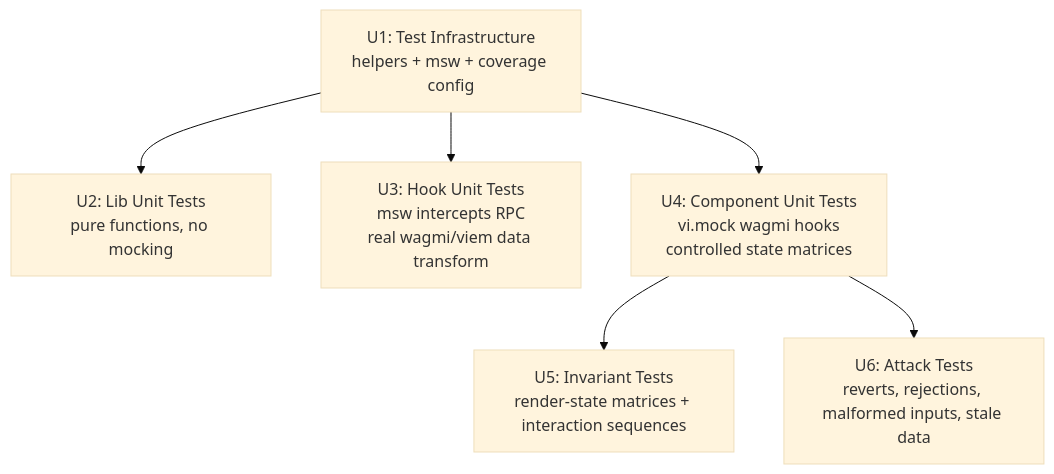
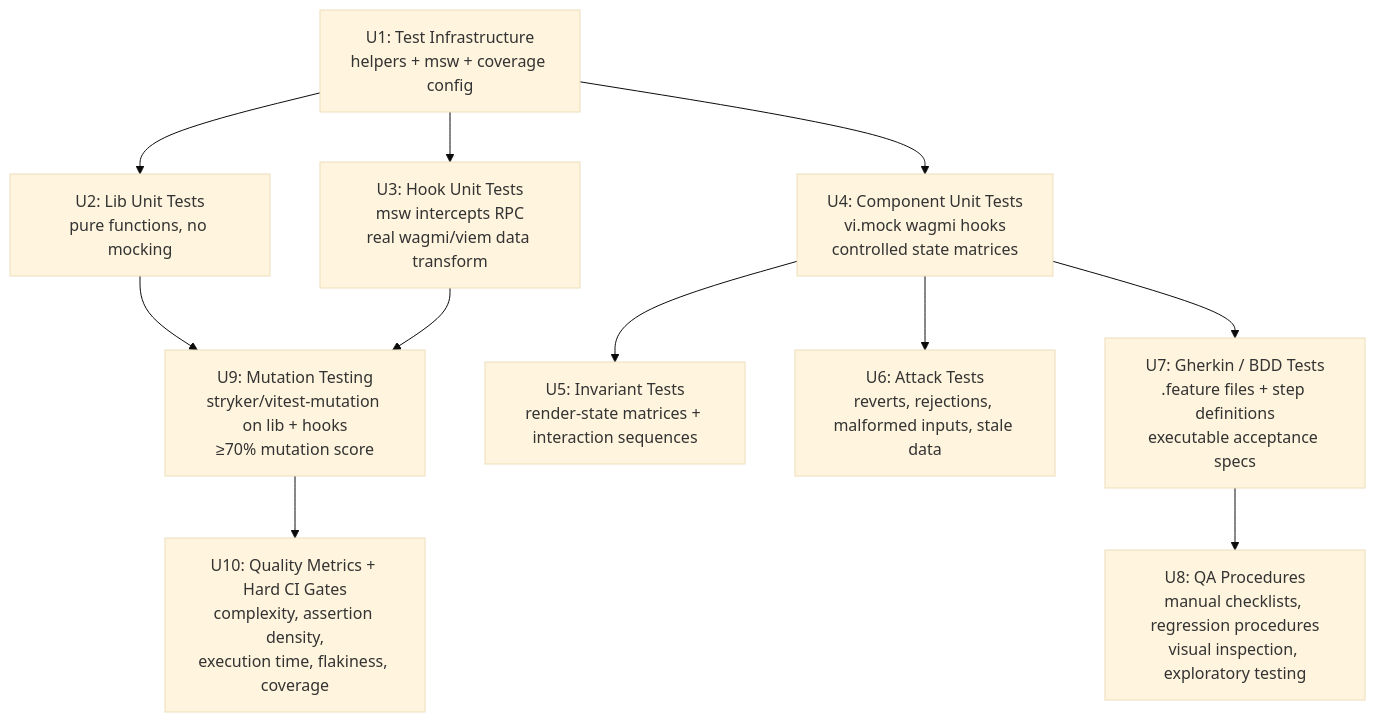
Before and after one commit to ayeslick/OVRFLO: the diagram in docs/plans/2026-07-23-002-test-web-frontend-test-suite-plan.md, drawn with Mermaid (base theme). The commit also changed other lines of this file and 5 other files, not shown here.

````diff
--- a/docs/plans/2026-07-23-002-test-web-frontend-test-suite-plan.md
+++ b/docs/plans/2026-07-23-002-test-web-frontend-test-suite-plan.md
@@ -135,11 +169,17 @@
 ```mermaid
 flowchart TB
     INFRA["U1: Test Infrastructure<br/>helpers + msw + coverage config"]
 
     INFRA --> U2["U2: Lib Unit Tests<br/>pure functions, no mocking"]
     INFRA --> U3["U3: Hook Unit Tests<br/>msw intercepts RPC<br/>real wagmi/viem data transform"]
     INFRA --> U4["U4: Component Unit Tests<br/>vi.mock wagmi hooks<br/>controlled state matrices"]
 
     U4 --> U5["U5: Invariant Tests<br/>render-state matrices + interaction sequences"]
     U4 --> U6["U6: Attack Tests<br/>reverts, rejections, malformed inputs, stale data"]
+
+    U4 --> U7["U7: Gherkin / BDD Tests<br/>.feature files + step definitions<br/>executable acceptance specs"]
+    U7 --> U8["U8: QA Procedures<br/>manual checklists, regression procedures<br/>visual inspection, exploratory testing"]
+    U2 --> U9["U9: Mutation Testing<br/>stryker/vitest-mutation on lib + hooks<br/>≥70% mutation score"]
+    U3 --> U9
+    U9 --> U10["U10: Quality Metrics + Hard CI Gates<br/>complexity, assertion density,<br/>execution time, flakiness, coverage"]
 ```
````
